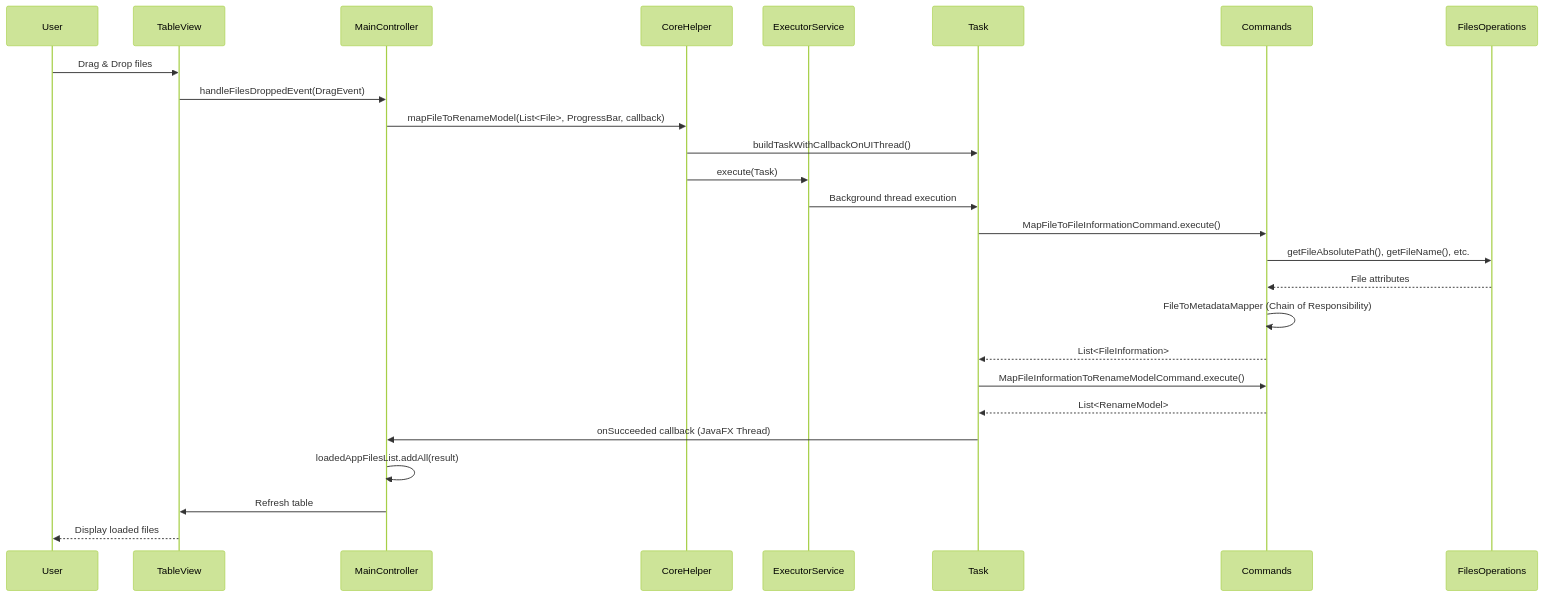
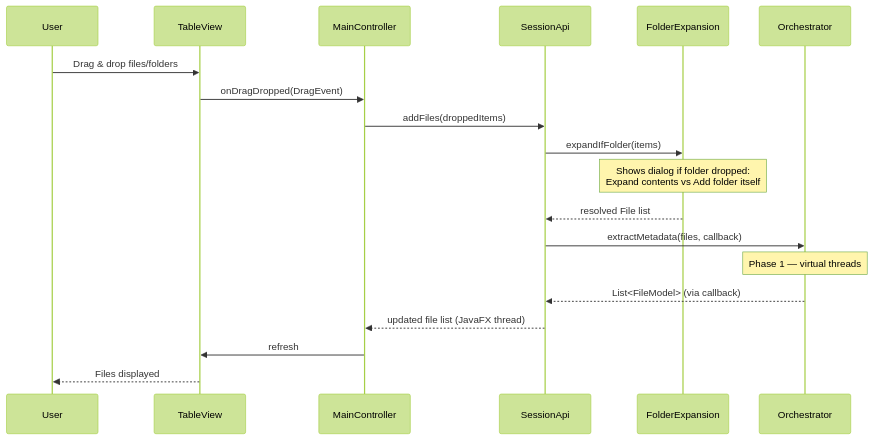
One commit to sanyokkua/renamer_app changed the third of 8 diagrams in docs/developers/architecture/ARCHITECTURE.md. Above: the diagram before and after it, drawn with Mermaid (forest theme). The commit also changed other lines of this file and 32 other files, not shown here.

````diff
--- a/docs/developers/architecture/ARCHITECTURE.md
+++ b/docs/developers/architecture/ARCHITECTURE.md
@@ -508,28 +211,21 @@
 ```mermaid
 sequenceDiagram
     participant User
     participant TableView
     participant MainController
-    participant CoreHelper
-    participant ExecutorService
-    participant Task
-    participant Commands
-    participant FilesOperations
-    User ->> TableView: Drag & Drop files
-    TableView ->> MainController: handleFilesDroppedEvent(DragEvent)
-    MainController ->> CoreHelper: mapFileToRenameModel(List<File>, ProgressBar, callback)
-    CoreHelper ->> Task: buildTaskWithCallbackOnUIThread()
-    CoreHelper ->> ExecutorService: execute(Task)
-    ExecutorService ->> Task: Background thread execution
-    Task ->> Commands: MapFileToFileInformationCommand.execute()
-    Commands ->> FilesOperations: getFileAbsolutePath(), getFileName(), etc.
-    FilesOperations -->> Commands: File attributes
-    Commands ->> Commands: FileToMetadataMapper (Chain of Responsibility)
-    Commands -->> Task: List<FileInformation>
-    Task ->> Commands: MapFileInformationToRenameModelCommand.execute()
-    Commands -->> Task: List<RenameModel>
-    Task ->> MainController: onSucceeded callback (JavaFX Thread)
-    MainController ->> MainController: loadedAppFilesList.addAll(result)
-    MainController ->> TableView: Refresh table
-    TableView -->> User: Display loaded files
+    participant SessionApi
+    participant FolderExpansion
+    participant Orchestrator
+    User ->> TableView: Drag & drop files/folders
+    TableView ->> MainController: onDragDropped(DragEvent)
+    MainController ->> SessionApi: addFiles(droppedItems)
+    SessionApi ->> FolderExpansion: expandIfFolder(items)
+    Note over FolderExpansion: Shows dialog if folder dropped:<br/>Expand contents vs Add folder itself
+    FolderExpansion -->> SessionApi: resolved File list
+    SessionApi ->> Orchestrator: extractMetadata(files, callback)
+    Note over Orchestrator: Phase 1 — virtual threads
+    Orchestrator -->> SessionApi: List<FileModel> (via callback)
+    SessionApi -->> MainController: updated file list (JavaFX thread)
+    MainController ->> TableView: refresh
+    TableView -->> User: Files displayed
 ```
````
